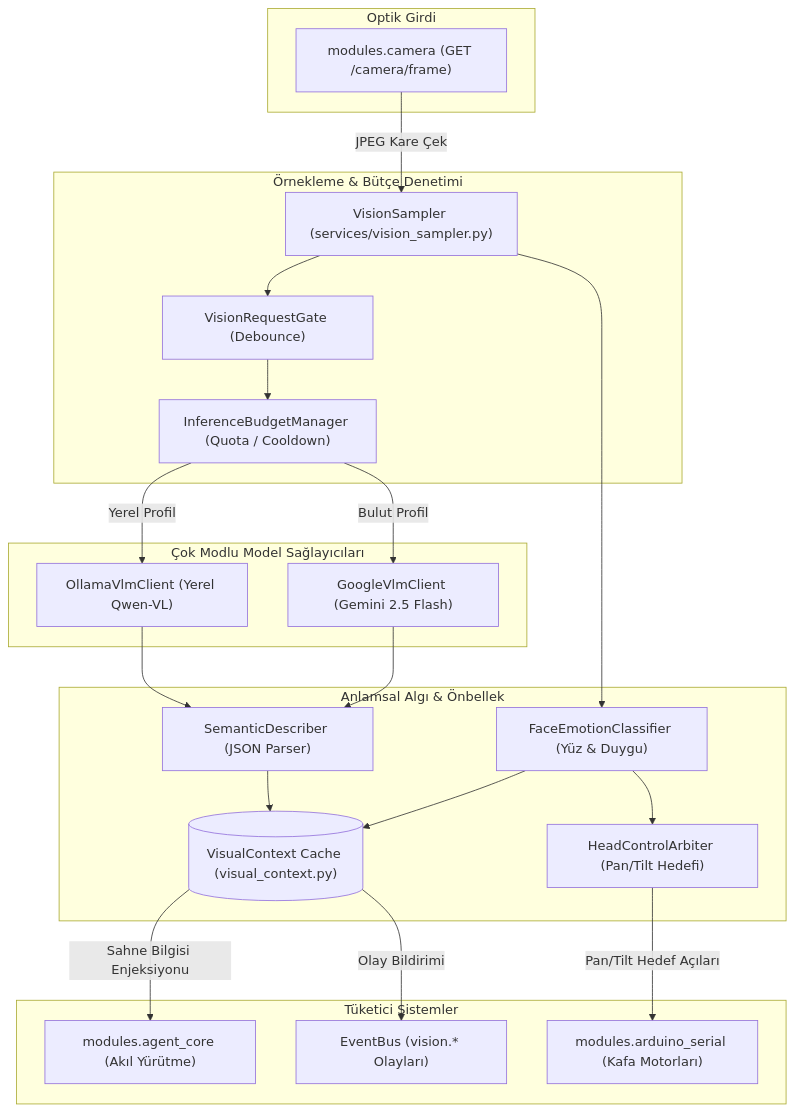
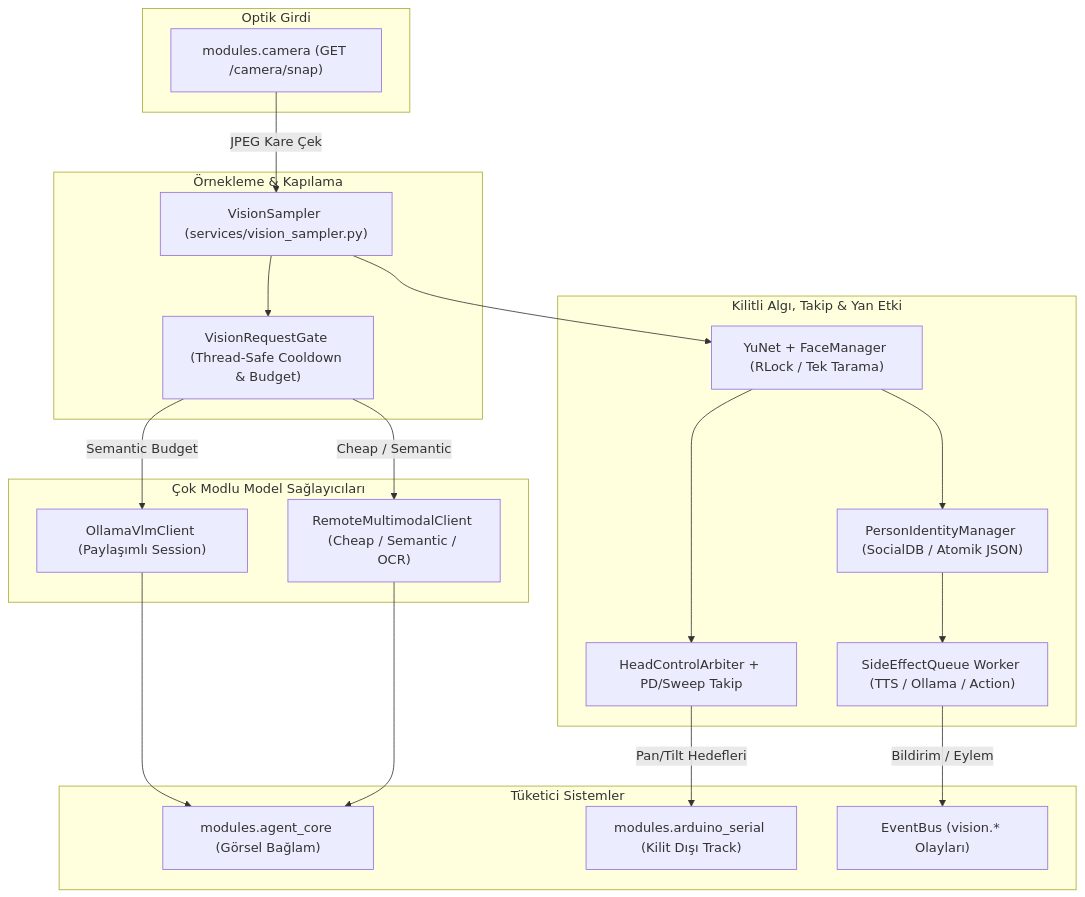
The first of 2 diagrams in modules/vlm_bridge/architecture_vlm_bridge.md (WhoIsMrSentry/SentryBOT), drawn with Mermaid before and after one commit. The commit also changed other lines of this file, not shown here.

Commit message:
docs(vlm_bridge): sync vlm_bridge/architecture_vlm_bridge.md with updated implementation

````diff
--- a/modules/vlm_bridge/architecture_vlm_bridge.md
+++ b/modules/vlm_bridge/architecture_vlm_bridge.md
@@ -26,49 +25,42 @@
 ```mermaid
 flowchart TD
     subgraph Camera [Optik Girdi]
-        CAM["modules.camera (GET /camera/frame)"]
+        CAM["modules.camera (GET /camera/snap)"]
     end
 
-    subgraph Sampling [Örnekleme & Bütçe Denetimi]
+    subgraph Sampling [Örnekleme & Kapılama]
         VS["VisionSampler (services/vision_sampler.py)"]
-        RG["VisionRequestGate (Debounce)"]
-        BM["InferenceBudgetManager (Quota / Cooldown)"]
+        RG["VisionRequestGate (Thread-Safe Cooldown & Budget)"]
     end
 
     subgraph Backends [Çok Modlu Model Sağlayıcıları]
-        OVLM["OllamaVlmClient (Yerel Qwen-VL)"]
-        GVLM["GoogleVlmClient (Gemini 2.5 Flash)"]
+        OVLM["OllamaVlmClient (Paylaşımlı Session)"]
+        RM["RemoteMultimodalClient (Cheap / Semantic / OCR)"]
     end
 
-    subgraph ContextEngine [Anlamsal Algı & Önbellek]
-        SD["SemanticDescriber (JSON Parser)"]
-        VC[("VisualContext Cache (visual_context.py)")]
-        FE["FaceEmotionClassifier (Yüz & Duygu)"]
-        HA["HeadControlArbiter (Pan/Tilt Hedefi)"]
+    subgraph ContextEngine [Kilitli Algı, Takip & Yan Etki]
+        FM["YuNet + FaceManager (RLock / Tek Tarama)"]
+        PI["PersonIdentityManager (SocialDB / Atomik JSON)"]
+        SEQ["SideEffectQueue Worker (TTS / Ollama / Action)"]
+        HA["HeadControlArbiter + PD/Sweep Takip"]
     end
 
     subgraph Consumers [Tüketici Sistemler]
-        Agent["modules.agent_core (Akıl Yürütme)"]
-        Arduino["modules.arduino_serial (Kafa Motorları)"]
+        Agent["modules.agent_core (Görsel Bağlam)"]
+        Arduino["modules.arduino_serial (Kilit Dışı Track)"]
         EB["EventBus (vision.* Olayları)"]
     end
 
     CAM -->|JPEG Kare Çek| VS
+    VS --> FM
     VS --> RG
-    RG --> BM
-    
-    BM -->|Yerel Profil| OVLM
-    BM -->|Bulut Profil| GVLM
-    
-    OVLM --> SD
-    GVLM --> SD
-    SD --> VC
-    
-    VS --> FE
-    FE --> VC
-    FE --> HA
-    
-    VC -->|Sahne Bilgisi Enjeksiyonu| Agent
-    HA -->|Pan/Tilt Hedef Açıları| Arduino
-    VC -->|Olay Bildirimi| EB
+    RG -->|Semantic Budget| OVLM
+    RG -->|Cheap / Semantic| RM
+    FM --> PI
+    FM --> HA
+    PI --> SEQ
+    OVLM --> Agent
+    RM --> Agent
+    HA -->|Pan/Tilt Hedefleri| Arduino
+    SEQ -->|Bildirim / Eylem| EB
 ```
````
